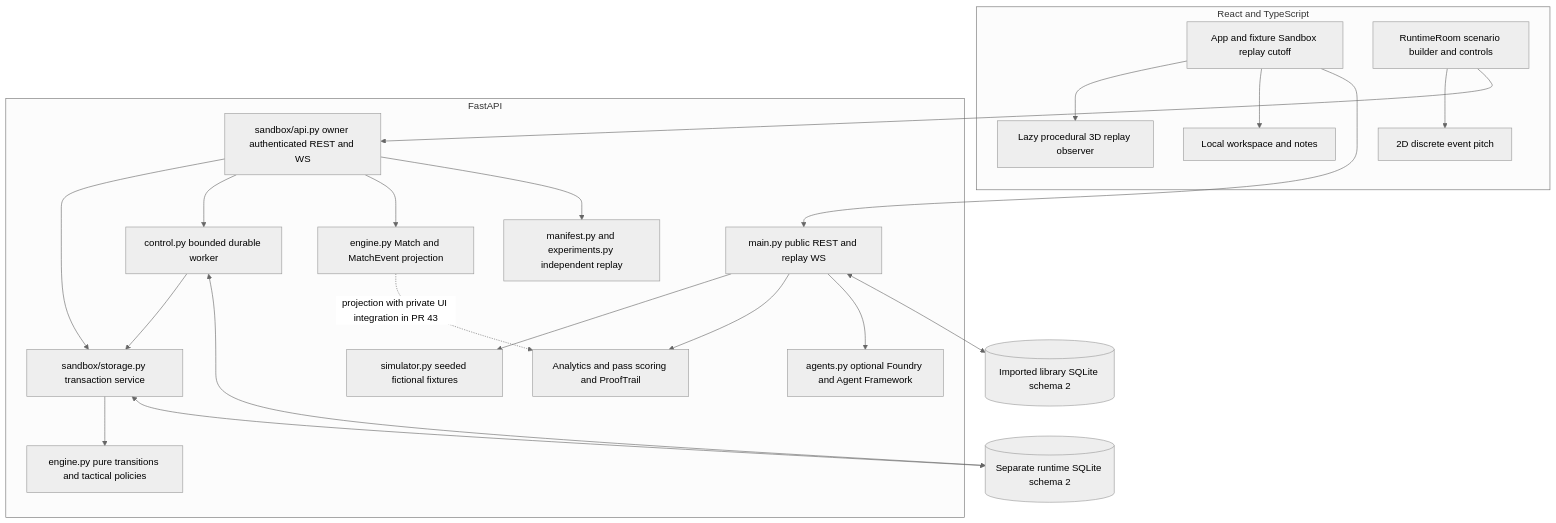
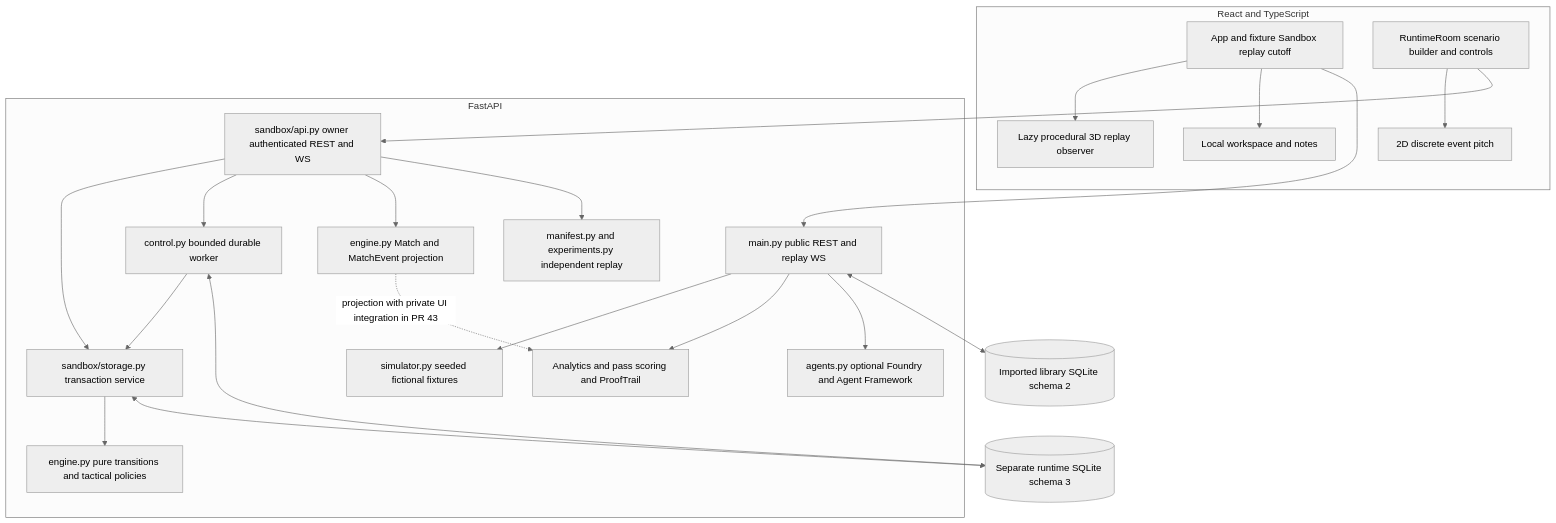
The first of 4 diagrams in docs/AUTHORITATIVE_ENGINE.md (Microsoft-Game-Developer-Hackathon-2026/Pulse-Xi), drawn with Mermaid (neutral theme) before and after one commit. The commit also changed other lines of this file and 6 other files, not shown here.

Commit message:
docs(sandbox): reconcile issues 2-5 architecture and verification evidence

````diff
--- a/docs/AUTHORITATIVE_ENGINE.md
+++ b/docs/AUTHORITATIVE_ENGINE.md
@@ -55,40 +54,40 @@
 ```mermaid
 flowchart TB
   subgraph Browser[React and TypeScript]
     Replay[App and fixture Sandbox replay cutoff]
     Room[RuntimeRoom scenario builder and controls]
     Pitch[2D discrete event pitch]
     Three[Lazy procedural 3D replay observer]
     Local[Local workspace and notes]
     Replay --> Three
     Replay --> Local
     Room --> Pitch
   end
   subgraph Server[FastAPI]
     Legacy[main.py public REST and replay WS]
     Fixture[simulator.py seeded fictional fixtures]
     Analytics[Analytics and pass scoring and ProofTrail]
     API[sandbox/api.py owner authenticated REST and WS]
     Jobs[control.py bounded durable worker]
     Store[sandbox/storage.py transaction service]
     Core[engine.py pure transitions and tactical policies]
     Adapter[engine.py Match and MatchEvent projection]
     Verify[manifest.py and experiments.py independent replay]
     AI[agents.py optional Foundry and Agent Framework]
     Legacy --> Fixture
     Legacy --> Analytics
     Legacy --> AI
     API --> Store
     API --> Jobs
     Store --> Core
     Jobs --> Store
     API --> Adapter
     API --> Verify
   end
   Replay --> Legacy
   Room --> API
   Legacy <--> Library[(Imported library SQLite schema 2)]
-  Store <--> Runtime[(Separate runtime SQLite schema 2)]
+  Store <--> Runtime[(Separate runtime SQLite schema 3)]
   Jobs <--> Runtime
   Adapter -. projection with private UI integration in PR 43 .-> Analytics
 ```
````
